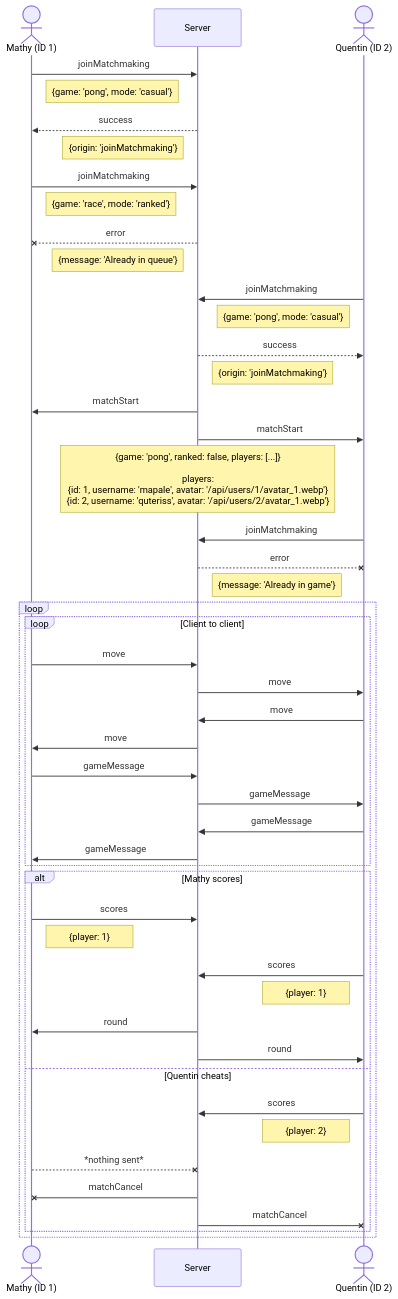
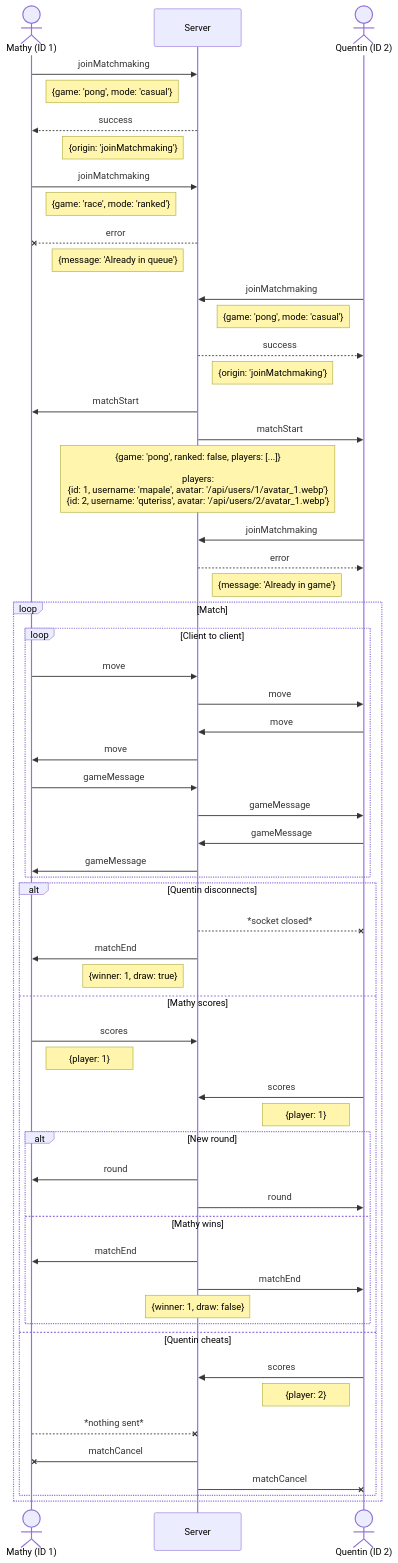
One commit to deydoux/42cursus-ft_transcendence changed the diagram in docs/WebSocket/match.md. Above: the diagram before and after it, drawn with Mermaid.

Commit message:
docs: update matchmaking sequence diagram to clarify error handling and game flow

````diff
--- a/docs/WebSocket/match.md
+++ b/docs/WebSocket/match.md
@@ -1,58 +1,71 @@
 ```mermaid
 sequenceDiagram
   actor m as Mathy (ID 1)
   participant s as Server
   actor q as Quentin (ID 2)
 
   m ->> s: joinMatchmaking
   Note right of m: {game: 'pong', mode: 'casual'}
   s -->> m: success
   Note left of s: {origin: 'joinMatchmaking'}
 
   m ->> s: joinMatchmaking
   Note right of m: {game: 'race', mode: 'ranked'}
   s --x m: error
   Note left of s: {message: 'Already in queue'}
 
   q ->> s: joinMatchmaking
   Note left of q: {game: 'pong', mode: 'casual'}
   s -->> q: success
   Note right of s: {origin: 'joinMatchmaking'}
 
   s ->> m: matchStart
   s ->> q: matchStart
   Note over s: {game: 'pong', ranked: false, players: [...]}<br><br> players:<br>{id: 1, username: 'mapale', avatar: '/api/users/1/avatar_1.webp'}<br>{id: 2, username: 'quteriss', avatar: '/api/users/2/avatar_1.webp'}
 
   q ->> s: joinMatchmaking
-  s --x q: error
+  s -->> q: error
   Note right of s: {message: 'Already in game'}
 
-  loop
+  loop Match
     loop Client to client
       m ->> s: move
       s ->> q: move
       q ->> s: move
       s ->> m: move
 
       m ->> s: gameMessage
       s ->> q: gameMessage
       q ->> s: gameMessage
       s ->> m: gameMessage
     end
 
-    alt Mathy scores
+    alt Quentin disconnects
+      s --x q: *socket closed*
+      s ->> m: matchEnd
+      Note left of s: {winner: 1, draw: true}
+
+    else Mathy scores
       m ->> s: scores
       Note right of m: {player: 1}
       q ->> s: scores
       Note left of q: {player: 1}
-      s ->> m: round
-      s ->> q: round
+
+      alt New round
+        s ->> m: round
+        s ->> q: round
+      else Mathy wins
+        s ->> m: matchEnd
+        s ->> q: matchEnd
+        Note over s: {winner: 1, draw: false}
+      end
+
     else Quentin cheats
       q ->> s: scores
       Note left of q: {player: 2}
       m --x s: *nothing sent*
       s -x m: matchCancel
       s -x q: matchCancel
     end
   end
 ```
````
